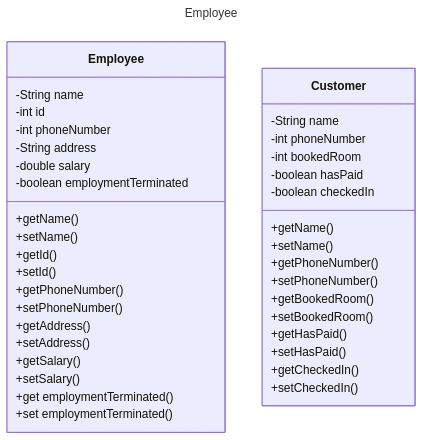
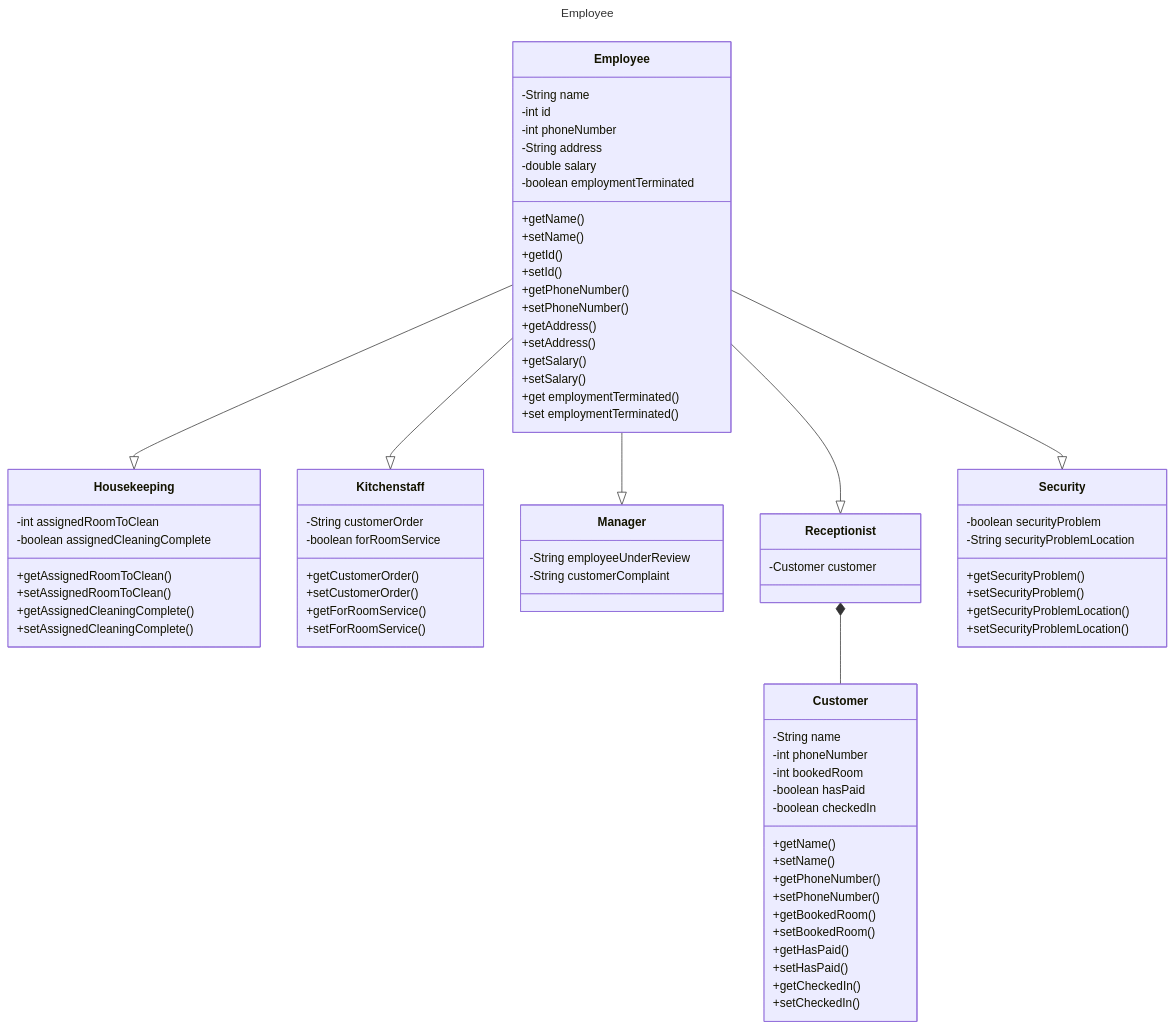
One commit to roxashrb/2425-cc3-1e-project-team-and-jerry changed the diagram in class-diagrams/Class-Diagrams-Complete.md. Above: the diagram before and after it, drawn with Mermaid.

Commit message:
complete diagram changes

```diff
--- a/class-diagrams/Class-Diagrams-Complete.md
+++ b/class-diagrams/Class-Diagrams-Complete.md
@@ -24,6 +24,48 @@
         +set employmentTerminated()
     }
 
+    Employee --|> Housekeeping
+    class Housekeeping {
+        -int assignedRoomToClean
+        -boolean assignedCleaningComplete
+        +getAssignedRoomToClean()
+        +setAssignedRoomToClean()
+        +getAssignedCleaningComplete()
+        +setAssignedCleaningComplete()
+    }
+
+    Employee --|> Kitchenstaff
+    class Kitchenstaff {
+        -String customerOrder
+        -boolean forRoomService
+        +getCustomerOrder()
+        +setCustomerOrder()
+        +getForRoomService()
+        +setForRoomService()
+    }
+
+    Employee --|> Manager
+    class Manager {
+        -String employeeUnderReview
+        -String customerComplaint
+    }
+
+    Employee --|> Receptionist
+    Receptionist *-- Customer
+    class Receptionist {
+        -Customer customer
+    }
+
+    Employee --|> Security
+    class Security {
+        -boolean securityProblem
+        -String securityProblemLocation
+        +getSecurityProblem()
+        +setSecurityProblem()
+        +getSecurityProblemLocation()
+        +setSecurityProblemLocation()
+    }
+
     class Customer {
         -String name
         -int phoneNumber
```
